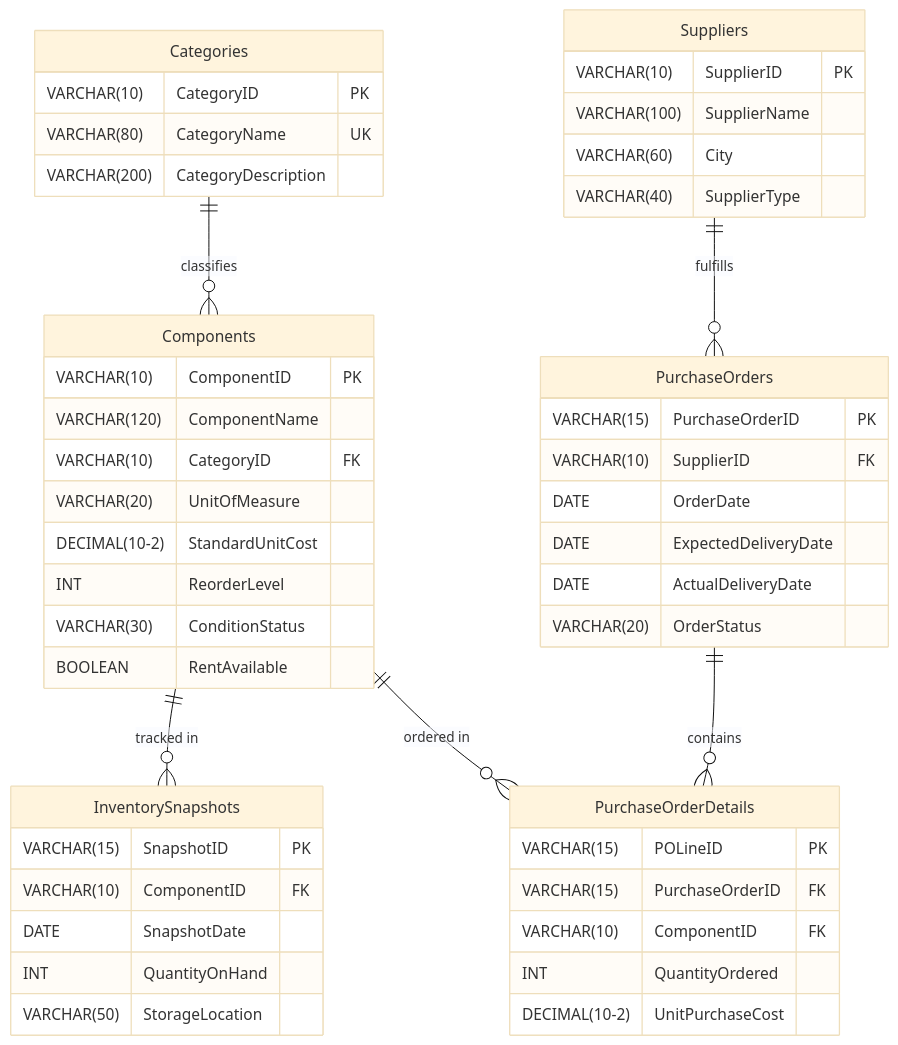
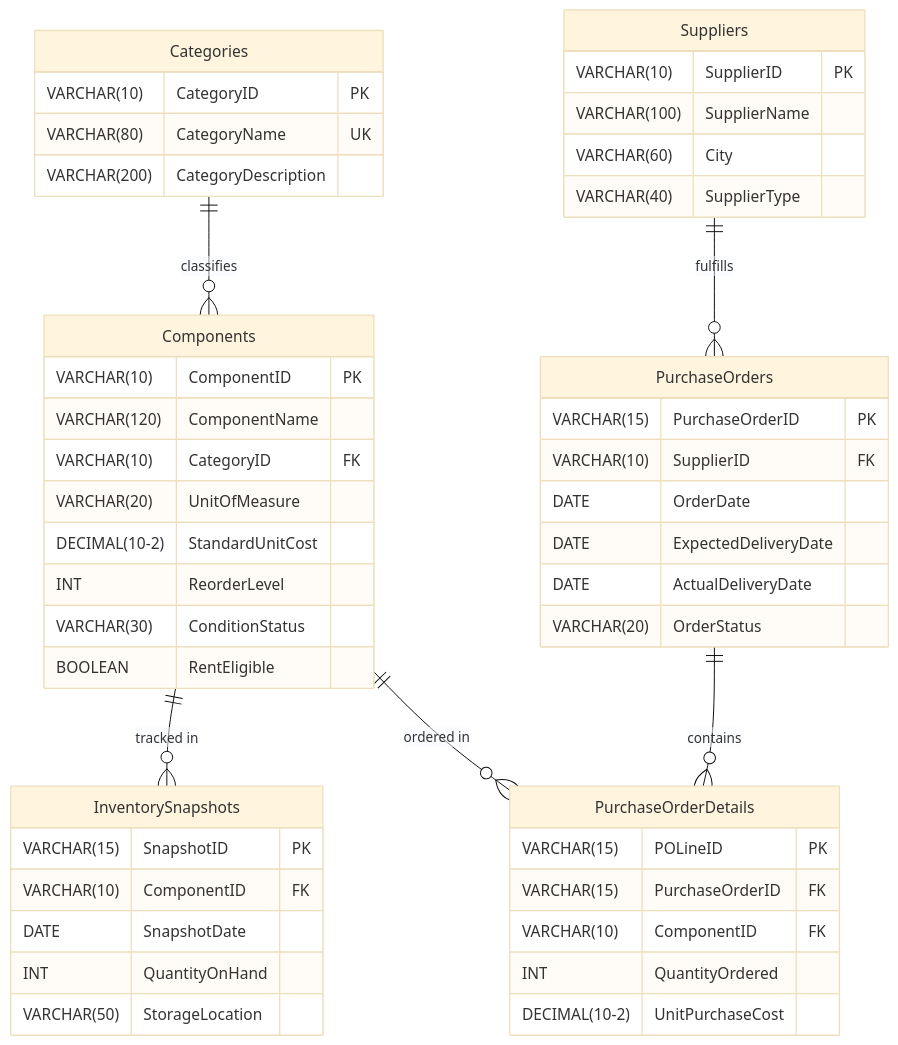
One commit to shashaank747/Electronics-Component-Analytics changed the diagram in 02_Dataset/data_dictionary.md. Above: the diagram before and after it, drawn with Mermaid (base theme). The commit also changed other lines of this file, not shown here.

Commit message:
Update data dictionary with RentEligible column and populate raw components table

````diff
--- a/02_Dataset/data_dictionary.md
+++ b/02_Dataset/data_dictionary.md
@@ -36,57 +36,57 @@
 ```mermaid
 erDiagram
     Categories ||--o{ Components : "classifies"
     Components ||--o{ InventorySnapshots : "tracked in"
     Components ||--o{ PurchaseOrderDetails : "ordered in"
     Suppliers ||--o{ PurchaseOrders : "fulfills"
     PurchaseOrders ||--o{ PurchaseOrderDetails : "contains"
 
     Categories {
         VARCHAR(10) CategoryID PK
         VARCHAR(80) CategoryName UK
         VARCHAR(200) CategoryDescription
     }
 
     Components {
         VARCHAR(10) ComponentID PK
         VARCHAR(120) ComponentName
         VARCHAR(10) CategoryID FK
         VARCHAR(20) UnitOfMeasure
         DECIMAL(10-2) StandardUnitCost
         INT ReorderLevel
         VARCHAR(30) ConditionStatus
-        BOOLEAN RentAvailable
+        BOOLEAN RentEligible
     }
 
     Suppliers {
         VARCHAR(10) SupplierID PK
         VARCHAR(100) SupplierName
         VARCHAR(60) City
         VARCHAR(40) SupplierType
     }
 
     InventorySnapshots {
         VARCHAR(15) SnapshotID PK
         VARCHAR(10) ComponentID FK
         DATE SnapshotDate
         INT QuantityOnHand
         VARCHAR(50) StorageLocation
     }
 
     PurchaseOrders {
         VARCHAR(15) PurchaseOrderID PK
         VARCHAR(10) SupplierID FK
         DATE OrderDate
         DATE ExpectedDeliveryDate
         DATE ActualDeliveryDate
         VARCHAR(20) OrderStatus
     }
 
     PurchaseOrderDetails {
         VARCHAR(15) POLineID PK
         VARCHAR(15) PurchaseOrderID FK
         VARCHAR(10) ComponentID FK
         INT QuantityOrdered
         DECIMAL(10-2) UnitPurchaseCost
     }
 ```
````
